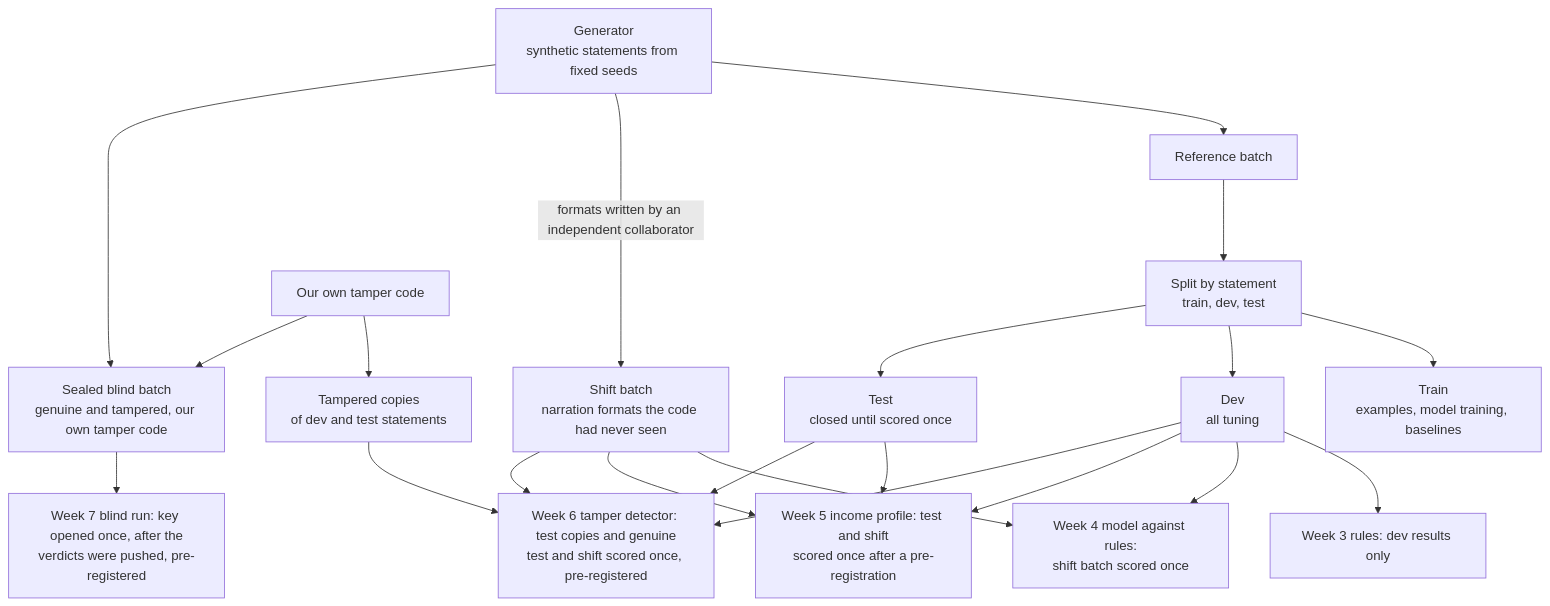
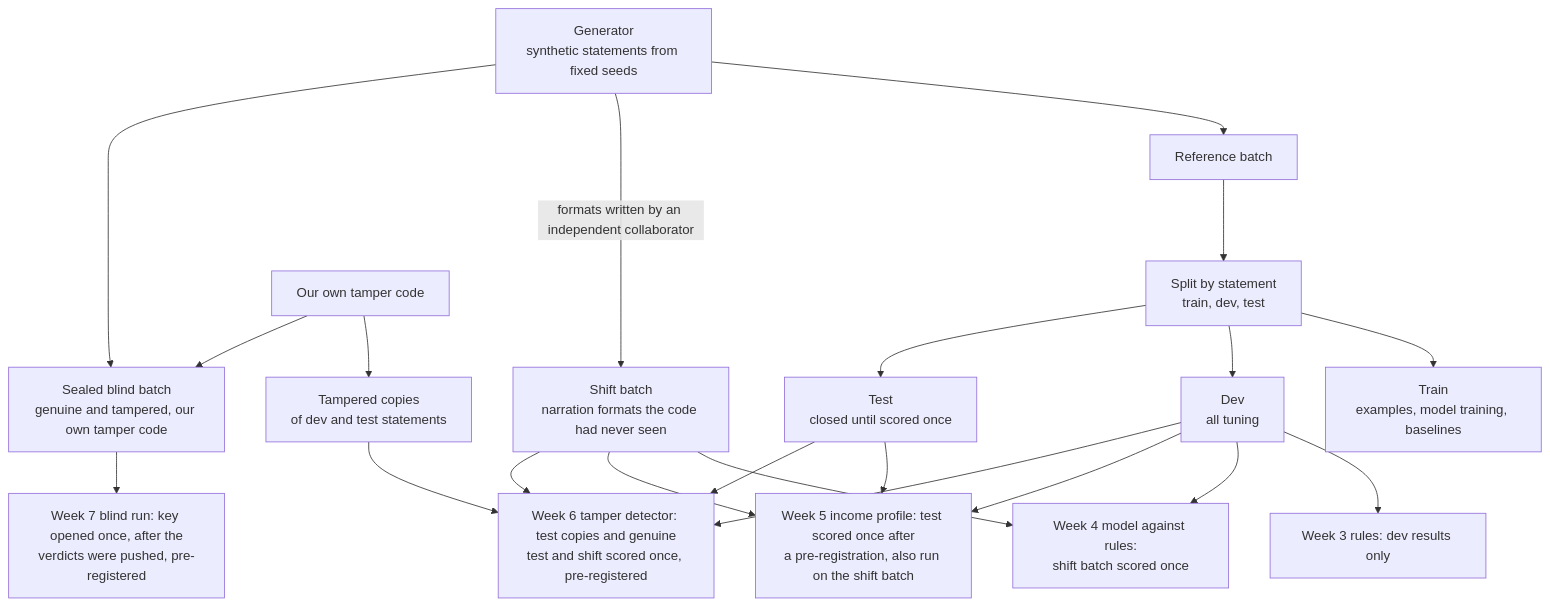
One commit to manasvinipujaiyer/statement-screen changed the second of 2 diagrams in README.md. Above: the diagram before and after it, drawn with Mermaid. The commit also changed other lines of this file and 2 other files, not shown here.

````diff
--- a/README.md
+++ b/README.md
@@ -190,23 +173,23 @@
 ```mermaid
 flowchart TD
     gen["Generator<br/>synthetic statements from fixed seeds"] --> ref["Reference batch"]
     ref --> split["Split by statement<br/>train, dev, test"]
     split --> train["Train<br/>examples, model training, baselines"]
     split --> dev["Dev<br/>all tuning"]
     split --> test["Test<br/>closed until scored once"]
     gen -->|"formats written by an independent collaborator"| shift["Shift batch<br/>narration formats the code had never seen"]
     tamper["Our own tamper code"] --> copies["Tampered copies<br/>of dev and test statements"]
     dev --> r3["Week 3 rules: dev results only"]
     dev --> r4["Week 4 model against rules:<br/>shift batch scored once"]
     shift --> r4
-    dev --> r5["Week 5 income profile: test and shift<br/>scored once after a pre-registration"]
+    dev --> r5["Week 5 income profile: test scored once after<br/>a pre-registration, also run on the shift batch"]
     test --> r5
     shift --> r5
     dev --> r6["Week 6 tamper detector: test copies and genuine<br/>test and shift scored once, pre-registered"]
     copies --> r6
     test --> r6
     shift --> r6
     gen --> blind["Sealed blind batch<br/>genuine and tampered, our own tamper code"]
     tamper --> blind
     blind --> r7["Week 7 blind run: key opened once, after the<br/>verdicts were pushed, pre-registered"]
 ```
````
